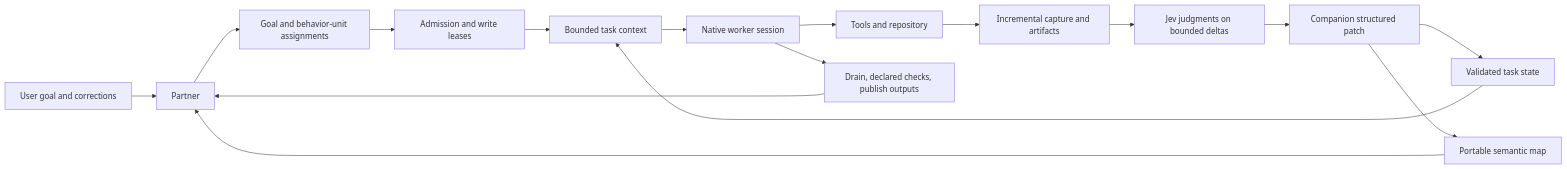
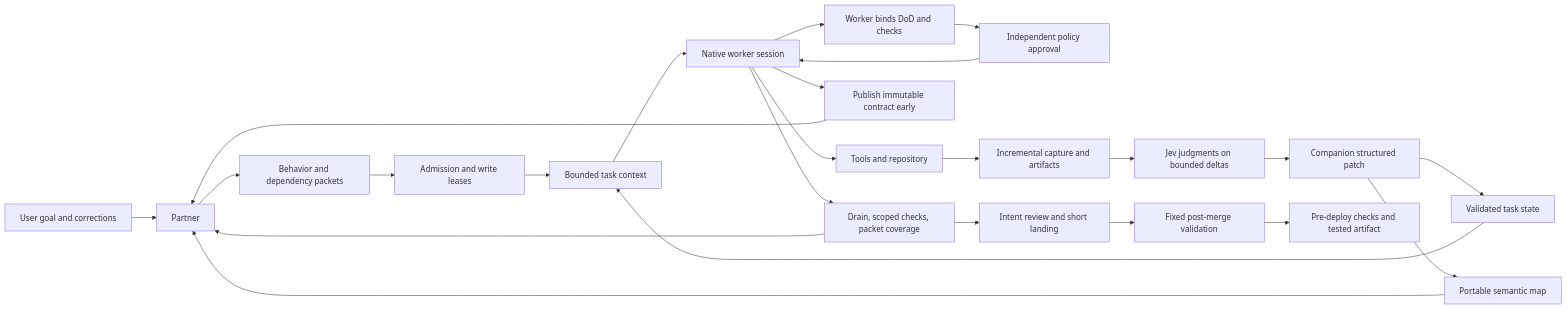
The diagram in docs/system-design.md (logan-robbins/hx), drawn with Mermaid before and after one commit. The commit also changed other lines of this file and 83 other files, not shown here.

First line of the commit message:
feat: add graph-driven packets and reusable delivery validation

````diff
--- a/docs/system-design.md
+++ b/docs/system-design.md
@@ -7,18 +16,26 @@
 ```mermaid
 flowchart LR
     U[User goal and corrections] --> P[Partner]
     M[Portable semantic map] --> P
-    P --> G[Goal and behavior-unit assignments]
+    P --> G[Behavior and dependency packets]
     G --> L[Admission and write leases]
     L --> C[Bounded task context]
     C --> W[Native worker session]
+    W --> B[Worker binds DoD and checks]
+    B --> A[Independent policy approval]
+    A --> W
     W --> R[Tools and repository]
     R --> O[Incremental capture and artifacts]
     O --> J[Jev judgments on bounded deltas]
     J --> N[Companion structured patch]
     N --> S[Validated task state]
     N --> M
     S --> C
-    W --> D[Drain, declared checks, publish outputs]
+    W --> I[Publish immutable contract early]
+    I --> P
+    W --> D[Drain, scoped checks, packet coverage]
     D --> P
+    D --> V[Intent review and short landing]
+    V --> Q[Fixed post-merge validation]
+    Q --> F[Pre-deploy checks and tested artifact]
 ```
````
